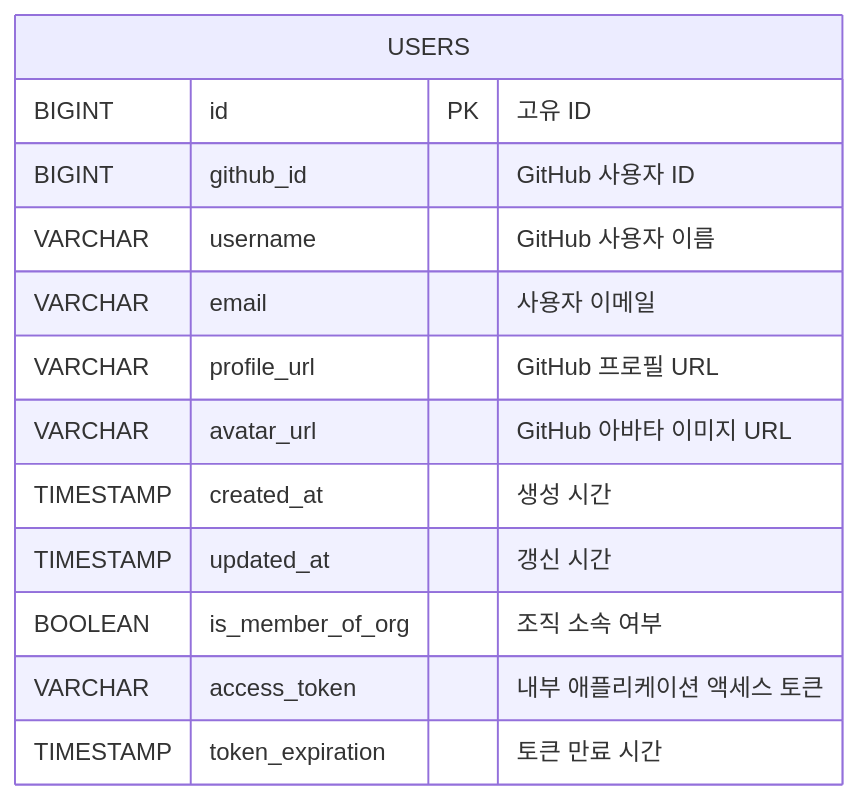
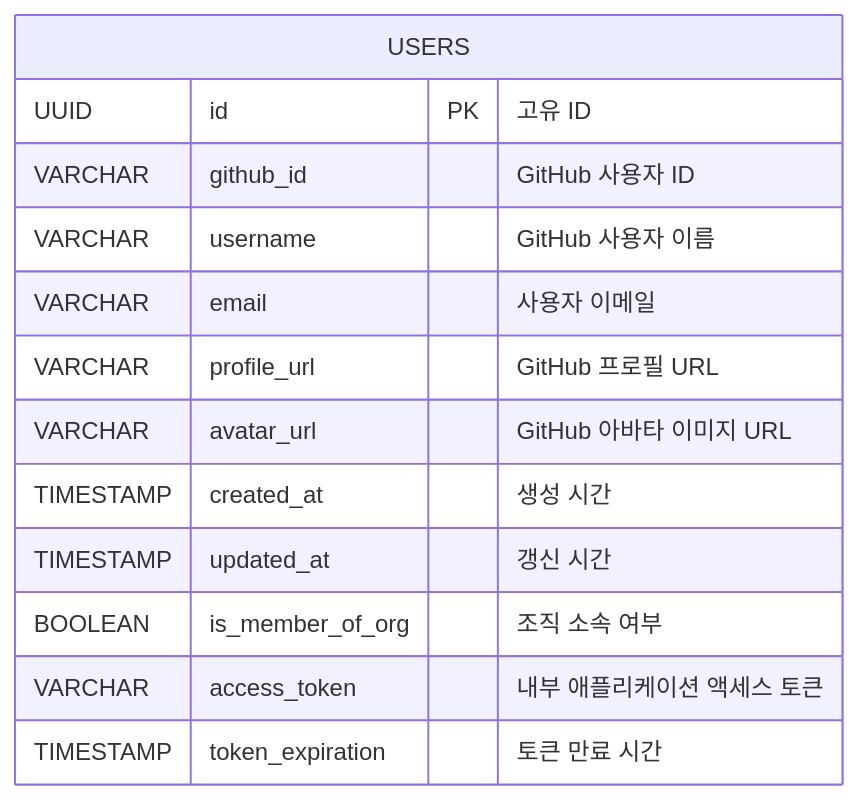
Before and after one commit to EntryDSM/Equus-Github-Auth: the diagram in scheme.md, drawn with Mermaid.

Commit message:
chore : (#2) Update DB scheme

````diff
--- a/scheme.md
+++ b/scheme.md
@@ -3,16 +3,16 @@
 ```mermaid
 erDiagram
     USERS {
-        BIGINT id PK "고유 ID"
-        BIGINT github_id "GitHub 사용자 ID"
+        UUID id PK "고유 ID"
+        VARCHAR github_id "GitHub 사용자 ID"
         VARCHAR username "GitHub 사용자 이름"
         VARCHAR email "사용자 이메일"
         VARCHAR profile_url "GitHub 프로필 URL"
         VARCHAR avatar_url "GitHub 아바타 이미지 URL"
         TIMESTAMP created_at "생성 시간"
         TIMESTAMP updated_at "갱신 시간"
         BOOLEAN is_member_of_org "조직 소속 여부"
         VARCHAR access_token "내부 애플리케이션 액세스 토큰"
         TIMESTAMP token_expiration "토큰 만료 시간"
     }
 ```
````
